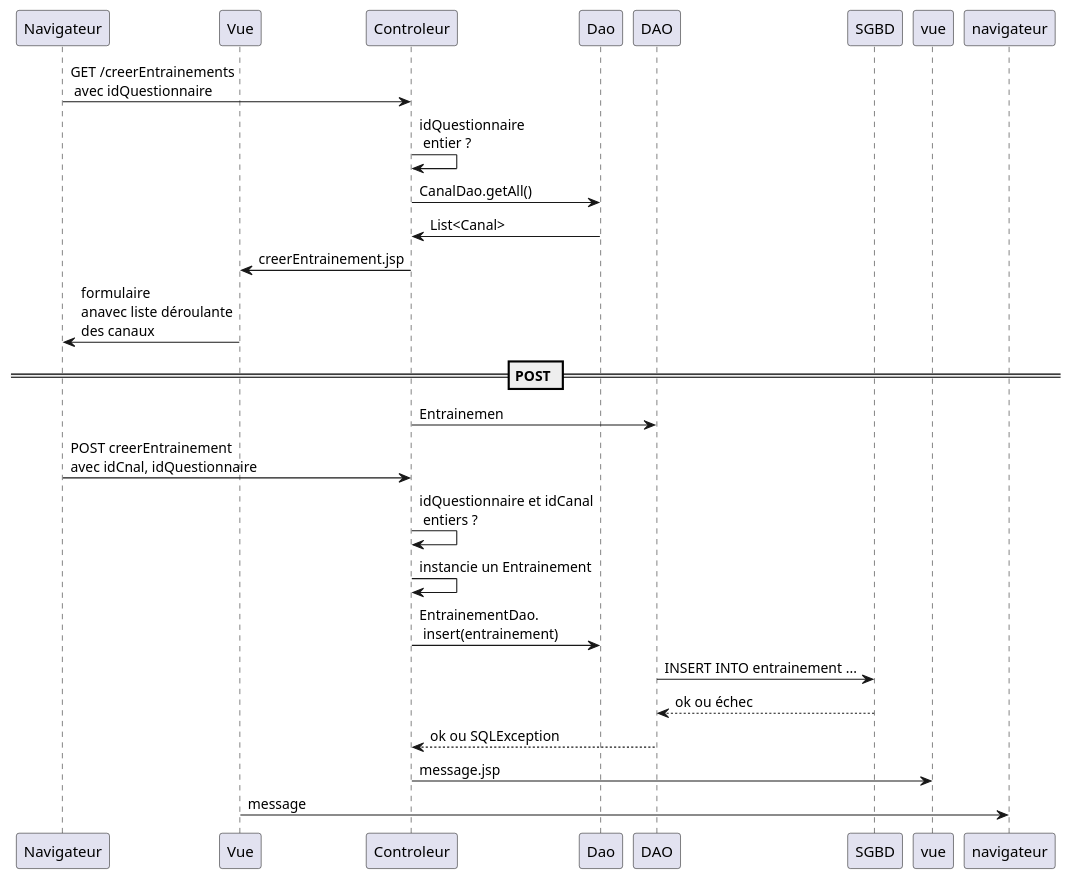
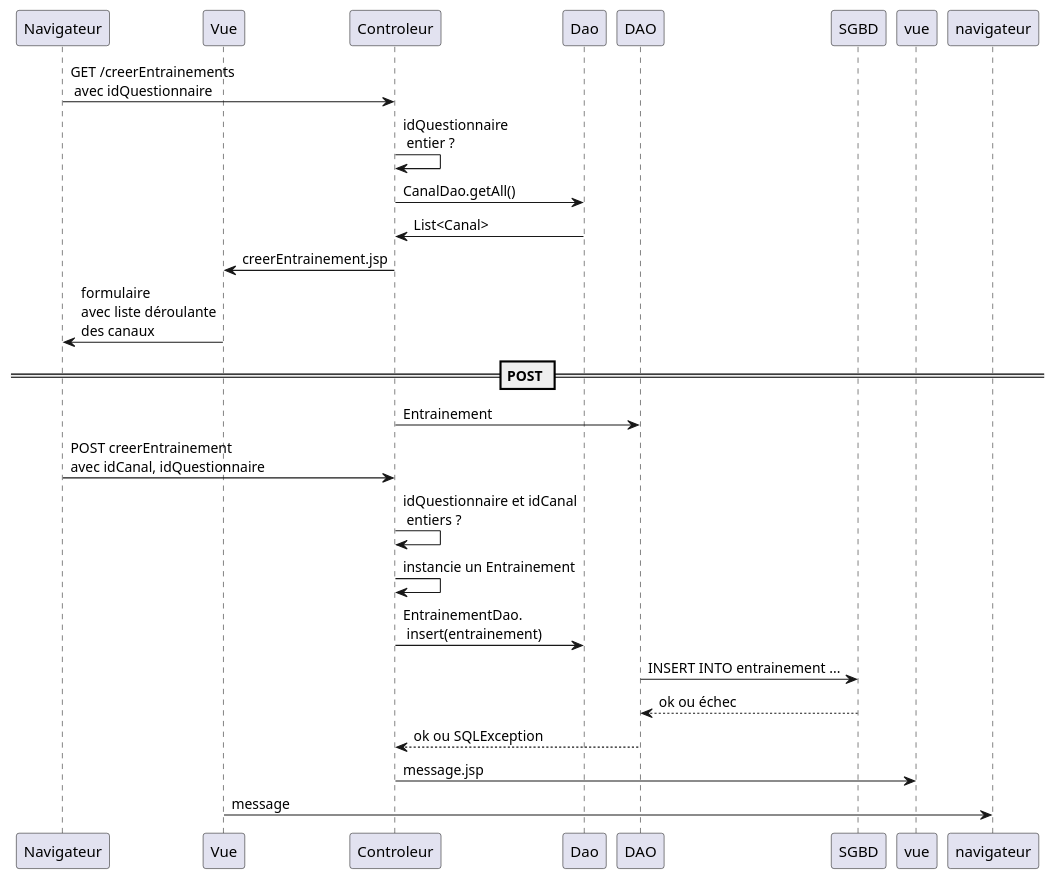
The diagram in src/main/uml/lancerQuestionnaire.puml (michel-plasse/SIOMassy2022), drawn with PlantUML before and after one commit. The commit also changed 7 other files, not shown here.

```diff
--- a/src/main/uml/lancerQuestionnaire.puml
+++ b/src/main/uml/lancerQuestionnaire.puml
@@ -1,22 +1,22 @@
 @startuml
 participant Navigateur
 participant Vue
 
 Navigateur -> Controleur: GET /creerEntrainements\n avec idQuestionnaire
 Controleur -> Controleur: idQuestionnaire\n entier ?
 Controleur -> Dao: CanalDao.getAll()
 Dao -> Controleur: List<Canal>
 Controleur -> Vue: creerEntrainement.jsp
-Vue -> Navigateur: formulaire\nanavec liste déroulante\ndes canaux
+Vue -> Navigateur: formulaire\navec liste déroulante\ndes canaux
 == POST ==
-Controleur -> DAO: Entrainemen
-Navigateur -> Controleur: POST creerEntrainement\navec idCnal, idQuestionnaire
+Controleur -> DAO: Entrainement
+Navigateur -> Controleur: POST creerEntrainement\navec idCanal, idQuestionnaire
 Controleur -> Controleur: idQuestionnaire et idCanal\n entiers ?
 Controleur -> Controleur: instancie un Entrainement
 Controleur -> Dao: EntrainementDao.\n insert(entrainement)
 DAO -> SGBD: INSERT INTO entrainement ...
 SGBD --> DAO: ok ou échec
 DAO --> Controleur: ok ou SQLException
 Controleur -> vue: message.jsp
 Vue -> navigateur: message
 @enduml
```
